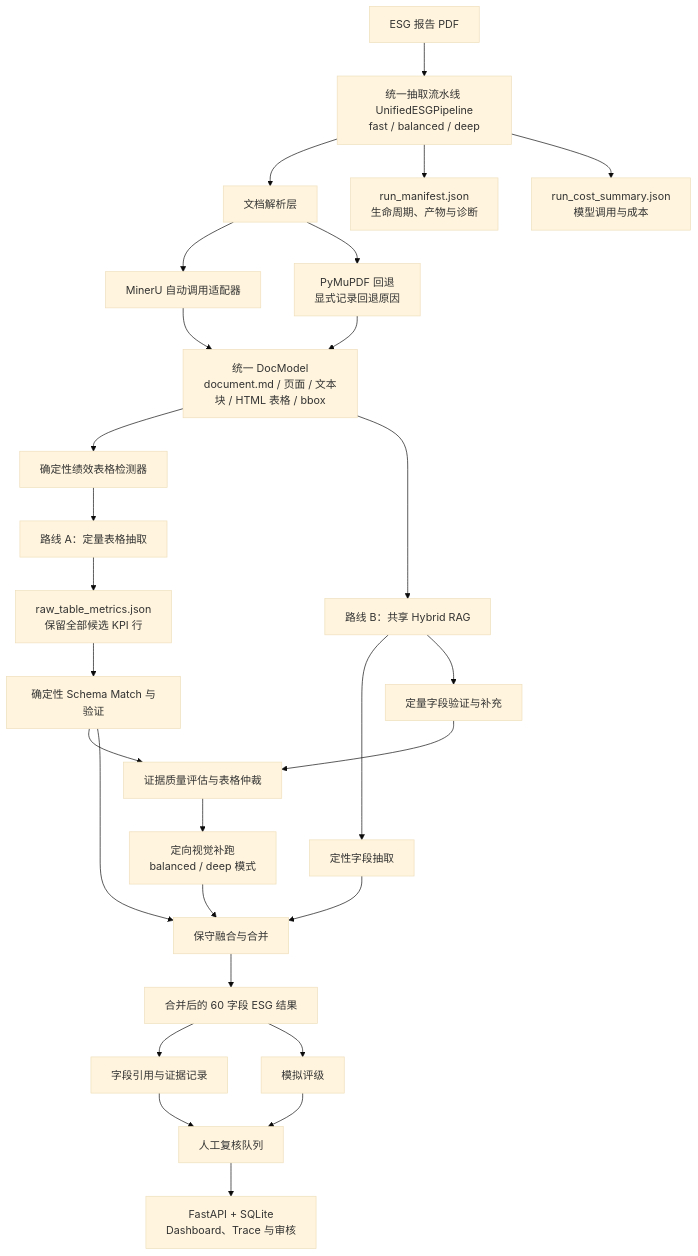
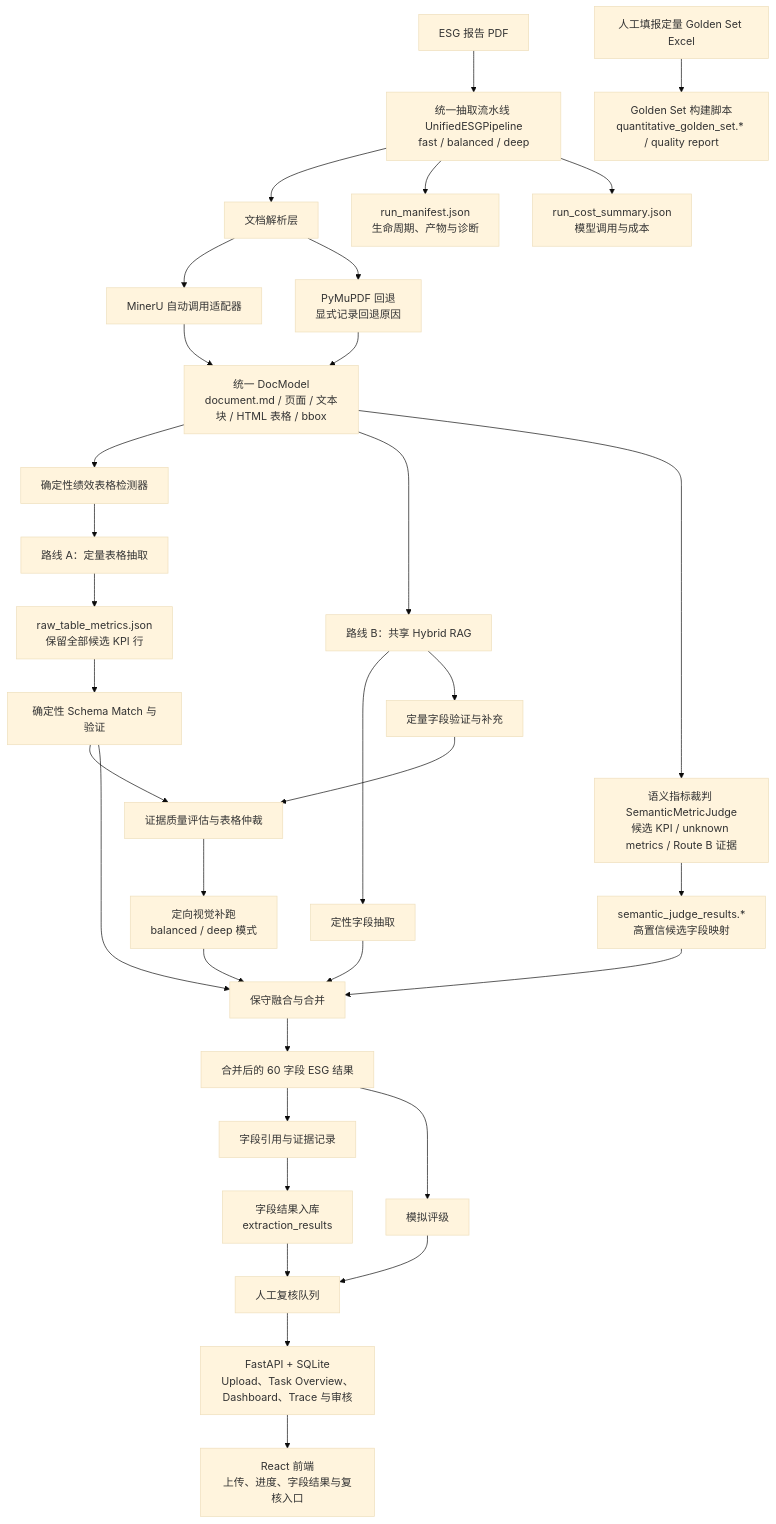
One commit to ehx0613/esg-multimodal-extraction-agent changed the first of 2 diagrams in docs/architecture_current.md. Above: the diagram before and after it, drawn with Mermaid (base theme). The commit also changed other lines of this file and 20 other files, not shown here.

Commit message:
update extraction workflow and architecture

````diff
--- a/docs/architecture_current.md
+++ b/docs/architecture_current.md
@@ -8,35 +8,43 @@
 ```mermaid
 flowchart TB
     PDF["ESG 报告 PDF"] --> UP["统一抽取流水线 UnifiedESGPipeline<br/>fast / balanced / deep"]
     UP --> INGEST["文档解析层"]
     INGEST --> MINERU["MinerU 自动调用适配器"]
     INGEST --> FALLBACK["PyMuPDF 回退<br/>显式记录回退原因"]
     MINERU --> DOC["统一 DocModel<br/>document.md / 页面 / 文本块 / HTML 表格 / bbox"]
     FALLBACK --> DOC
 
     DOC --> DETECT["确定性绩效表格检测器"]
     DETECT --> RA["路线 A：定量表格抽取"]
     RA --> RAW["raw_table_metrics.json<br/>保留全部候选 KPI 行"]
     RAW --> MATCH["确定性 Schema Match 与验证"]
 
     DOC --> RB["路线 B：共享 Hybrid RAG"]
     RB --> QUAL["定性字段抽取"]
     RB --> QUANT["定量字段验证与补充"]
 
+    DOC --> SJ["语义指标裁判 SemanticMetricJudge<br/>候选 KPI / unknown metrics / Route B 证据"]
+    SJ --> SJR["semantic_judge_results.*<br/>高置信候选字段映射"]
+
     MATCH --> ARB["证据质量评估与表格仲裁"]
     QUANT --> ARB
     ARB --> FOLLOW["定向视觉补跑<br/>balanced / deep 模式"]
     FOLLOW --> FUSION["保守融合与合并"]
     QUAL --> FUSION
     MATCH --> FUSION
+    SJR --> FUSION
 
     FUSION --> RESULT["合并后的 60 字段 ESG 结果"]
     RESULT --> CITATION["字段引用与证据记录"]
     RESULT --> RATING["模拟评级"]
-    CITATION --> REVIEW["人工复核队列"]
+    CITATION --> FIELDDB["字段结果入库<br/>extraction_results"]
+    FIELDDB --> REVIEW["人工复核队列"]
     RATING --> REVIEW
 
     UP --> MANIFEST["run_manifest.json<br/>生命周期、产物与诊断"]
     UP --> COST["run_cost_summary.json<br/>模型调用与成本"]
-    REVIEW --> API["FastAPI + SQLite<br/>Dashboard、Trace 与审核"]
+    REVIEW --> API["FastAPI + SQLite<br/>Upload、Task Overview、Dashboard、Trace 与审核"]
+    API --> FE["React 前端<br/>上传、进度、字段结果与复核入口"]
+
+    XLSX["人工填报定量 Golden Set Excel"] --> GOLDEN["Golden Set 构建脚本<br/>quantitative_golden_set.* / quality report"]
 ```
````
